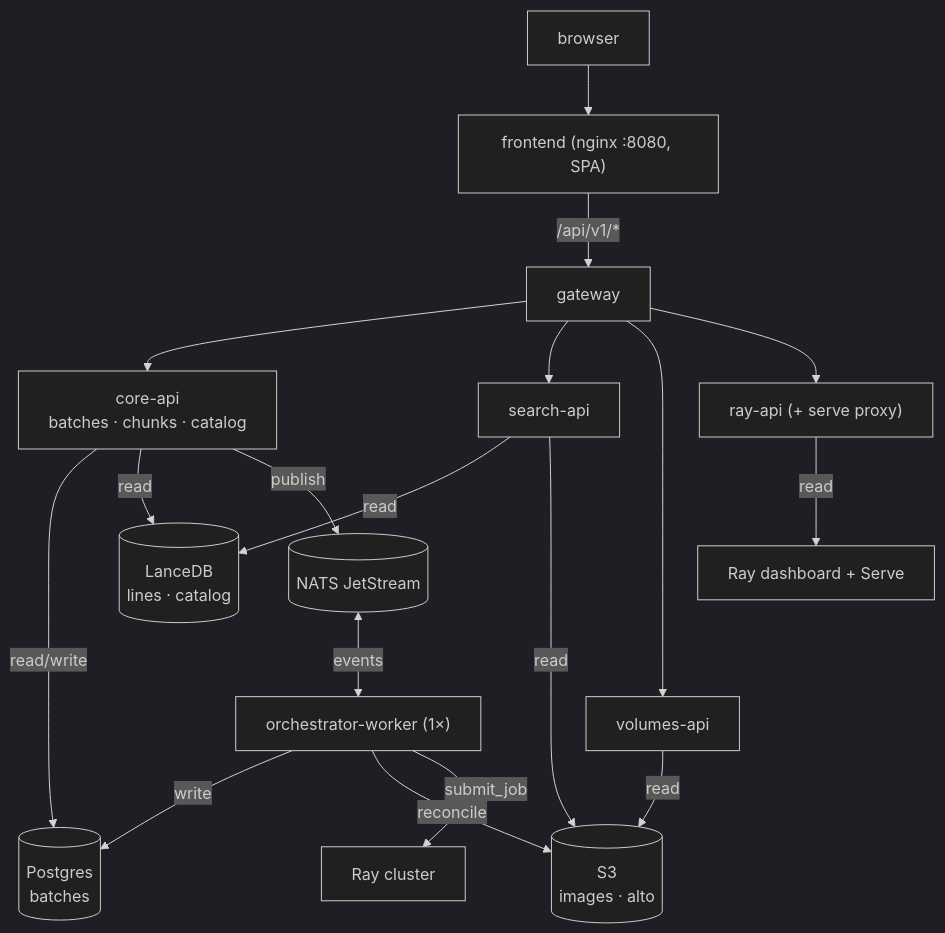
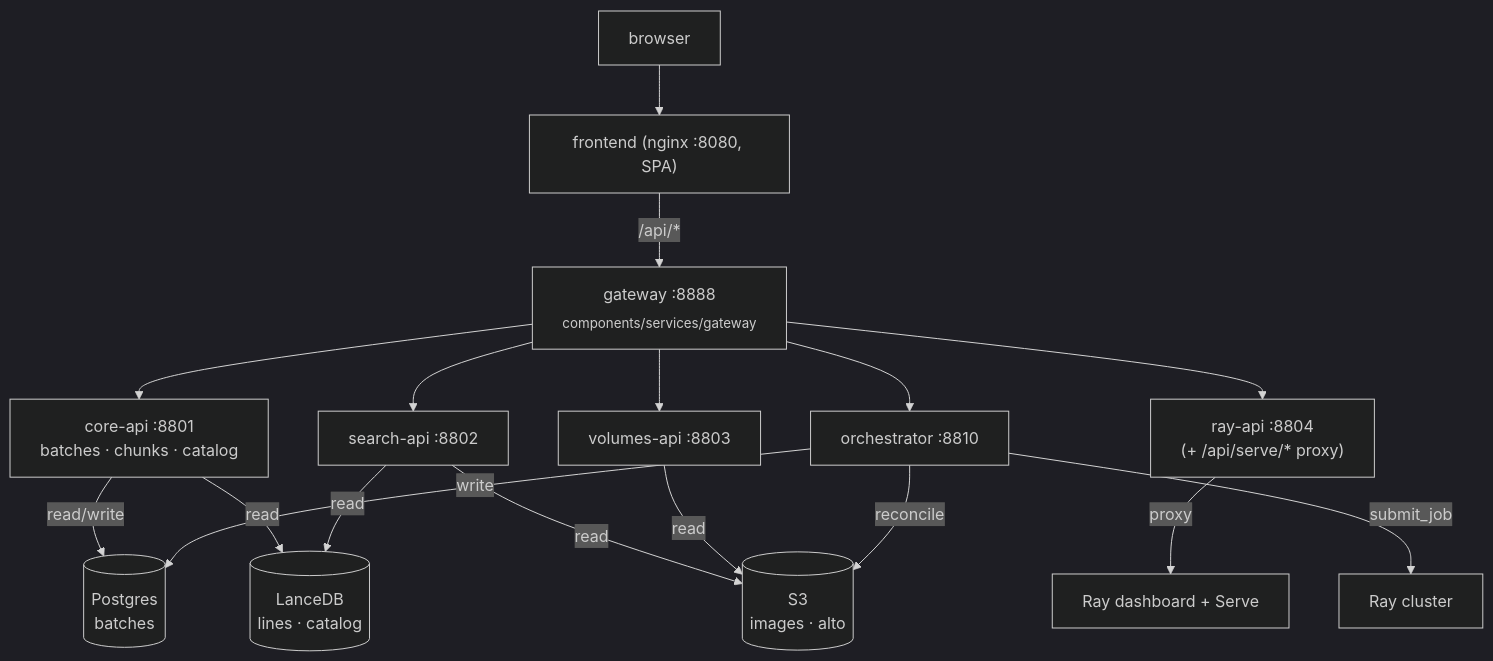
The diagram in docs/architecture/microservices.md (AI-Riksarkivet/rask), drawn with Mermaid (dark theme) before and after one commit. The commit also changed other lines of this file and 18 other files, not shown here.

Commit message:
docs: refresh living docs for the post-strangler architecture (gateway + per-domain services + core brick)

````diff
--- a/docs/architecture/microservices.md
+++ b/docs/architecture/microservices.md
@@ -51,22 +53,20 @@
 ```mermaid
 flowchart TD
     browser["browser"] --> fe["frontend (nginx :8080, SPA)"]
-    fe -->|/api/v1/*| gw["gateway"]
-    gw --> core["core-api<br/>batches · chunks · catalog"]
-    gw --> search["search-api"]
-    gw --> volumes["volumes-api"]
-    gw --> rayapi["ray-api (+ serve proxy)"]
+    fe -->|/api/*| gw["gateway :8888<br/><sub>components/services/gateway</sub>"]
+    gw --> core["core-api :8801<br/>batches · chunks · catalog"]
+    gw --> search["search-api :8802"]
+    gw --> volumes["volumes-api :8803"]
+    gw --> rayapi["ray-api :8804<br/>(+ /api/serve/* proxy)"]
+    gw --> orch["orchestrator :8810"]
 
     core -->|read/write| pg[("Postgres<br/>batches")]
     core -->|read| lance[("LanceDB<br/>lines · catalog")]
     search -->|read| lance
     search -->|read| s3[("S3<br/>images · alto")]
     volumes -->|read| s3
-    rayapi -->|read| raydash["Ray dashboard + Serve"]
-
-    orch["orchestrator-worker (1×)"] -->|write| pg
+    rayapi -->|proxy| raydash["Ray dashboard + Serve"]
+    orch -->|write| pg
     orch -->|reconcile| s3
     orch -->|submit_job| ray["Ray cluster"]
-    nats[("NATS JetStream")] <-->|events| orch
-    core -->|publish| nats
 ```
````
